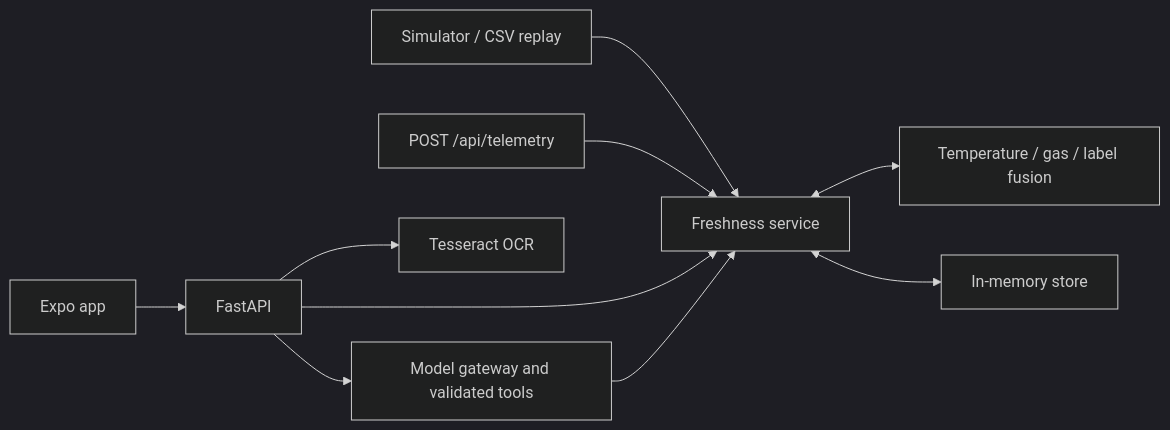
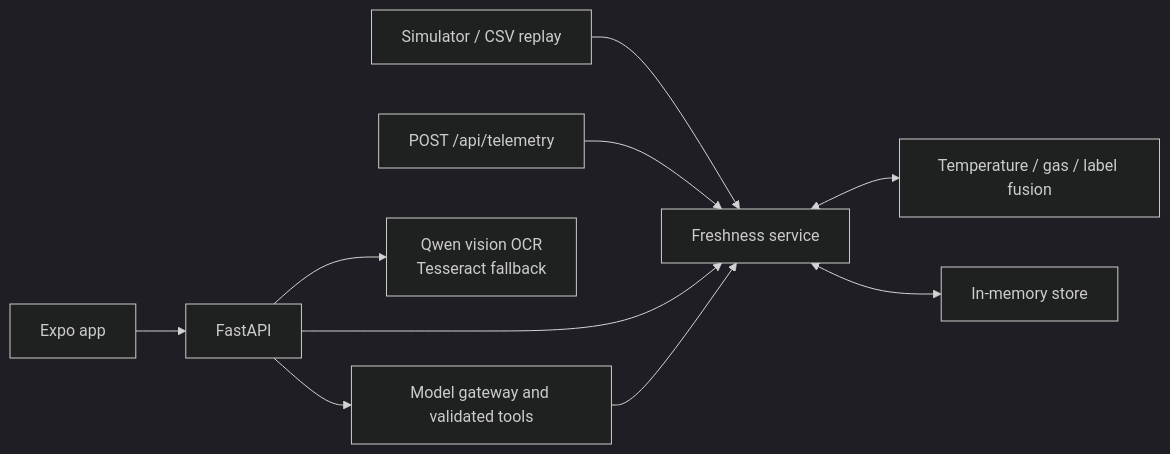
One commit to minhpham1810/food-tracker changed the diagram in README.md. Above: the diagram before and after it, drawn with Mermaid (dark theme). The commit also changed other lines of this file and 6 other files, not shown here.

Commit message:
feat(ocr): extract labels with Qwen vision

````diff
--- a/README.md
+++ b/README.md
@@ -138,12 +145,12 @@
 ```mermaid
 flowchart LR
     SIM[Simulator / CSV replay] --> SERVICE[Freshness service]
     HTTP[POST /api/telemetry] --> SERVICE
     SERVICE <--> ENGINE[Temperature / gas / label fusion]
     SERVICE <--> STORE[In-memory store]
     APP[Expo app] --> API[FastAPI]
     API --> SERVICE
-    API --> OCR[Tesseract OCR]
+    API --> OCR[Qwen vision OCR<br/>Tesseract fallback]
     API --> LLM[Model gateway and validated tools]
     LLM --> SERVICE
 ```
````
